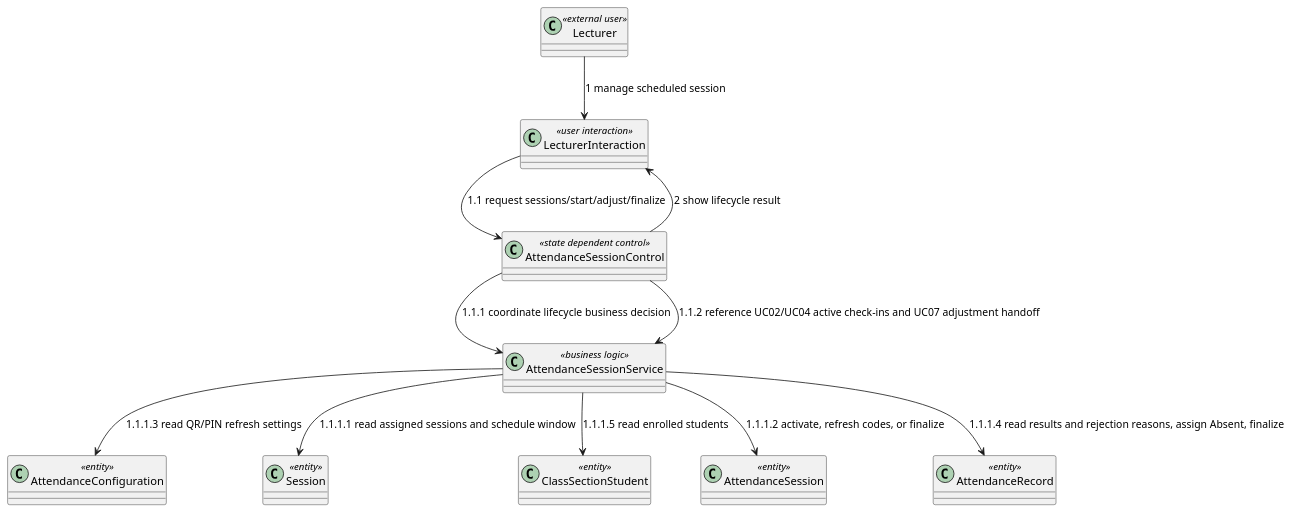
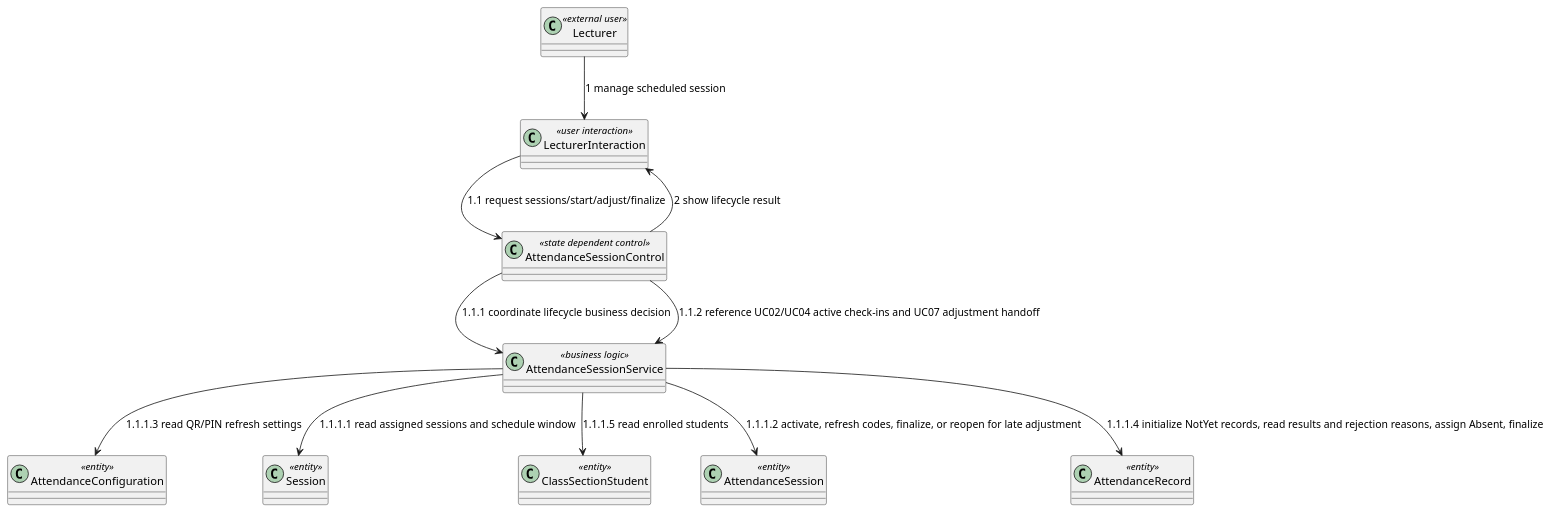
Diagram 16 of 26 in docs/rds/2_Analysis.md (nttung42/SWD392), drawn with PlantUML before and after one commit. The commit also changed other lines of this file and 2 other files, not shown here.

````diff
--- a/docs/rds/2_Analysis.md
+++ b/docs/rds/2_Analysis.md
@@ -758,24 +774,24 @@
 ```plantuml
 @startuml
 class "Lecturer" as Lecturer <<external user>>
 class "LecturerInteraction" as LecturerUI <<user interaction>>
 class "AttendanceSessionControl" as SessionControl <<state dependent control>>
 class "AttendanceSessionService" as SessionRules <<business logic>>
 class "AttendanceConfiguration" as AttendanceConfig <<entity>>
 class "Session" as Session <<entity>>
 class "ClassSectionStudent" as ClassSectionStudent <<entity>>
 class "AttendanceSession" as AttendanceSession <<entity>>
 class "AttendanceRecord" as AttendanceRecord <<entity>>
 
 Lecturer --> LecturerUI : 1 manage scheduled session
 LecturerUI --> SessionControl : 1.1 request sessions/start/adjust/finalize
 SessionControl --> SessionRules : 1.1.1 coordinate lifecycle business decision
 SessionRules --> Session : 1.1.1.1 read assigned sessions and schedule window
-SessionRules --> AttendanceSession : 1.1.1.2 activate, refresh codes, or finalize
+SessionRules --> AttendanceSession : 1.1.1.2 activate, refresh codes, finalize, or reopen for late adjustment
 SessionRules --> AttendanceConfig : 1.1.1.3 read QR/PIN refresh settings
-SessionRules --> AttendanceRecord : 1.1.1.4 read results and rejection reasons, assign Absent, finalize
+SessionRules --> AttendanceRecord : 1.1.1.4 initialize NotYet records, read results and rejection reasons, assign Absent, finalize
 SessionRules --> ClassSectionStudent : 1.1.1.5 read enrolled students
 SessionControl --> SessionRules : 1.1.2 reference UC02/UC04 active check-ins and UC07 adjustment handoff
 SessionControl --> LecturerUI : 2 show lifecycle result
 @enduml
 ```
````
